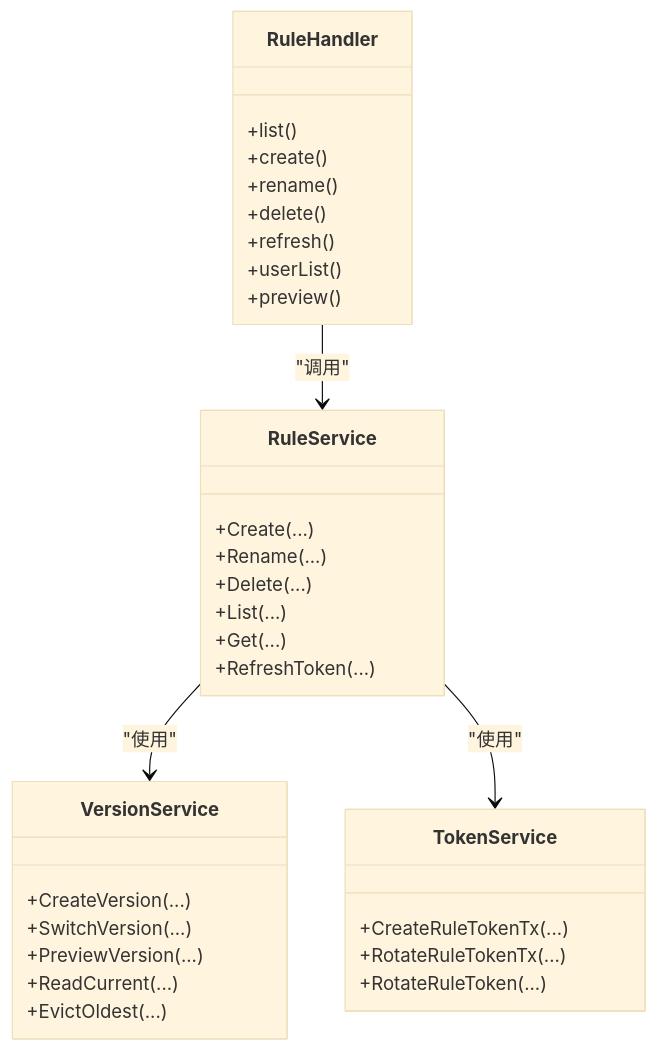
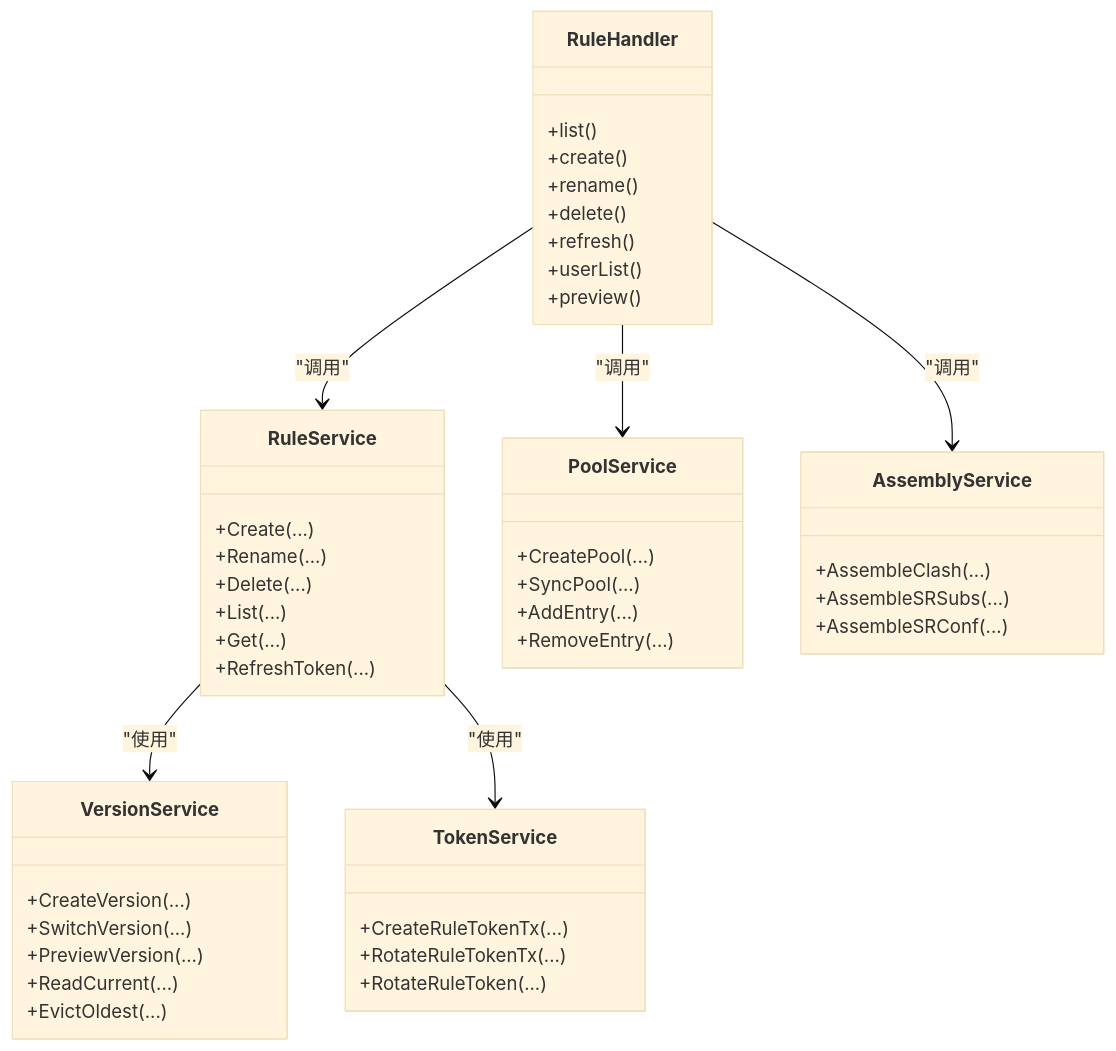
Before and after one commit to AlcaProphet/VPN-Subscription-Management: the third of 4 diagrams in .qoder/repowiki/zh/content/核心功能模块/规则引擎.md, drawn with Mermaid (base theme). The commit also changed other lines of this file and 109 other files, not shown here.

````diff
--- a/.qoder/repowiki/zh/content/核心功能模块/规则引擎.md
+++ b/.qoder/repowiki/zh/content/核心功能模块/规则引擎.md
@@ -248,35 +299,48 @@
 ```mermaid
 classDiagram
 class RuleService {
 +Create(...)
 +Rename(...)
 +Delete(...)
 +List(...)
 +Get(...)
 +RefreshToken(...)
+}
+class PoolService {
++CreatePool(...)
++SyncPool(...)
++AddEntry(...)
++RemoveEntry(...)
+}
+class AssemblyService {
++AssembleClash(...)
++AssembleSRSubs(...)
++AssembleSRConf(...)
 }
 class VersionService {
 +CreateVersion(...)
 +SwitchVersion(...)
 +PreviewVersion(...)
 +ReadCurrent(...)
 +EvictOldest(...)
 }
 class TokenService {
 +CreateRuleTokenTx(...)
 +RotateRuleTokenTx(...)
 +RotateRuleToken(...)
 }
 class RuleHandler {
 +list()
 +create()
 +rename()
 +delete()
 +refresh()
 +userList()
 +preview()
 }
 RuleHandler --> RuleService : "调用"
 RuleService --> VersionService : "使用"
 RuleService --> TokenService : "使用"
+RuleHandler --> PoolService : "调用"
+RuleHandler --> AssemblyService : "调用"
 ```
````
